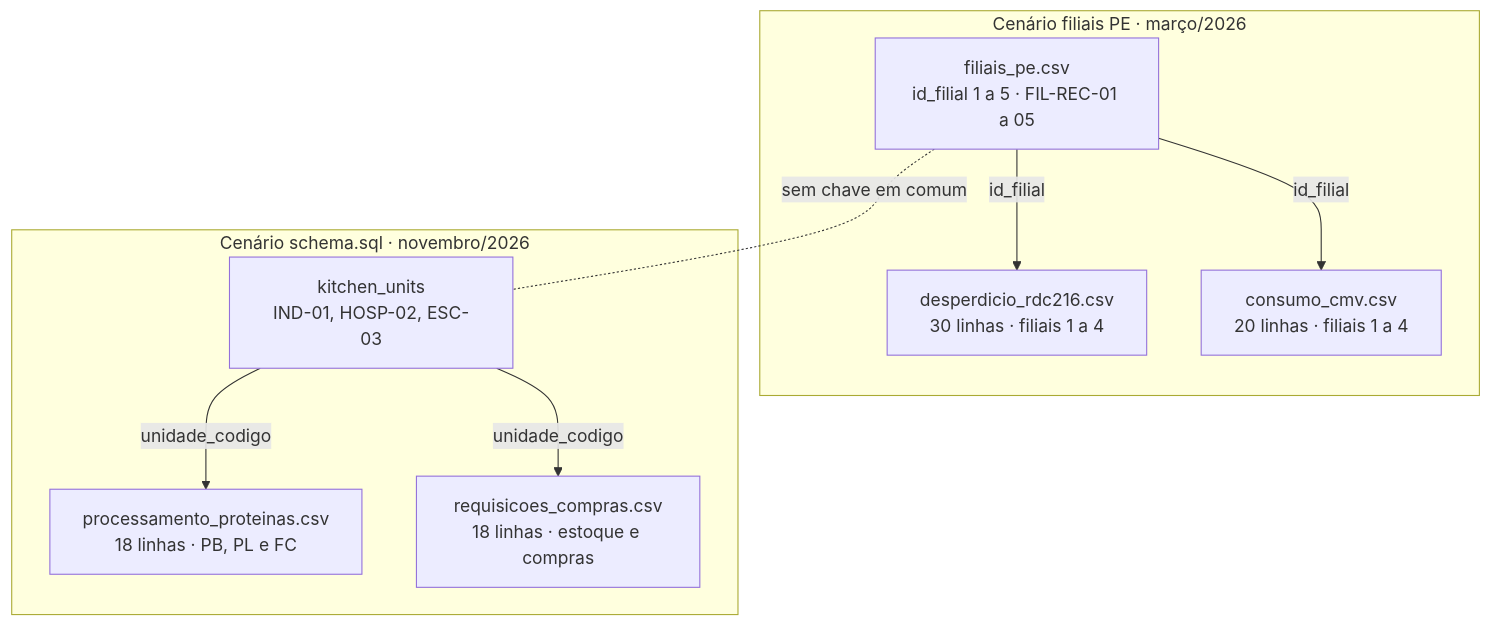
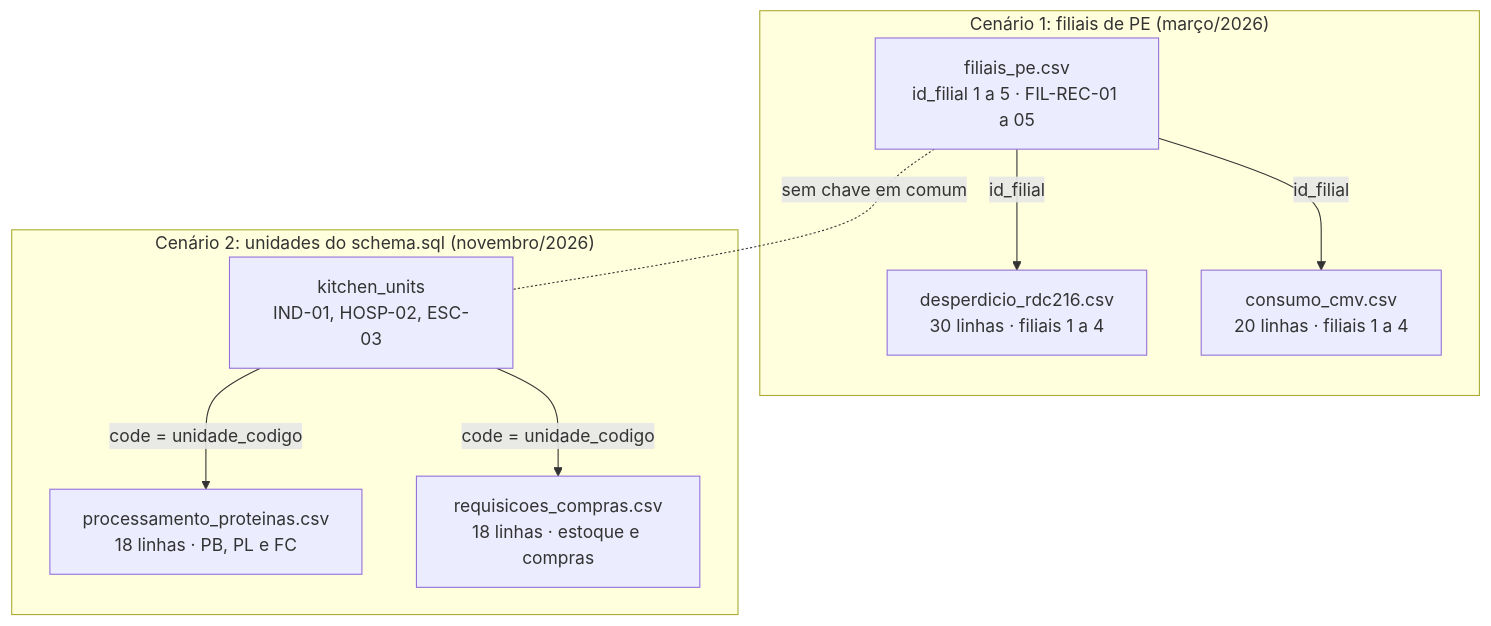
One commit to Thyago1992/EvoluiTI changed the first of 2 diagrams in GUIA_LOCALIZACAO_SPRINT1.md. Above: the diagram before and after it, drawn with Mermaid. The commit also changed other lines of this file, not shown here.

````diff
--- a/GUIA_LOCALIZACAO_SPRINT1.md
+++ b/GUIA_LOCALIZACAO_SPRINT1.md
@@ -175,18 +155,18 @@
 ```mermaid
 flowchart TB
-    subgraph PE["Cenário filiais PE · março/2026"]
+    subgraph PE["Cenário 1: filiais de PE (março/2026)"]
         FIL["filiais_pe.csv<br/>id_filial 1 a 5 · FIL-REC-01 a 05"]
         DESP["desperdicio_rdc216.csv<br/>30 linhas · filiais 1 a 4"]
         CMV["consumo_cmv.csv<br/>20 linhas · filiais 1 a 4"]
         FIL -->|id_filial| DESP
         FIL -->|id_filial| CMV
     end
-    subgraph SQL["Cenário schema.sql · novembro/2026"]
+    subgraph SQL["Cenário 2: unidades do schema.sql (novembro/2026)"]
         KU["kitchen_units<br/>IND-01, HOSP-02, ESC-03"]
         PROT["processamento_proteinas.csv<br/>18 linhas · PB, PL e FC"]
         REQ["requisicoes_compras.csv<br/>18 linhas · estoque e compras"]
-        KU -->|unidade_codigo| PROT
-        KU -->|unidade_codigo| REQ
+        KU -->|code = unidade_codigo| PROT
+        KU -->|code = unidade_codigo| REQ
     end
     FIL -. sem chave em comum .- KU
 ```
````
